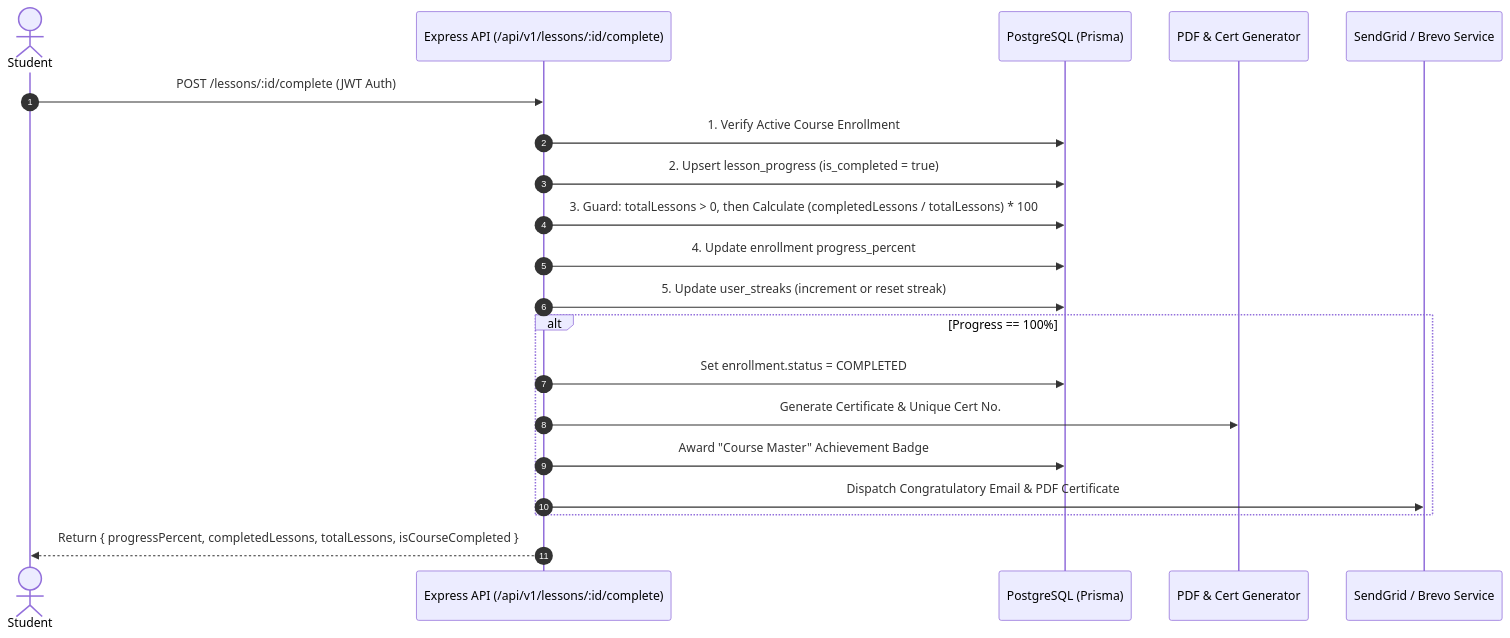
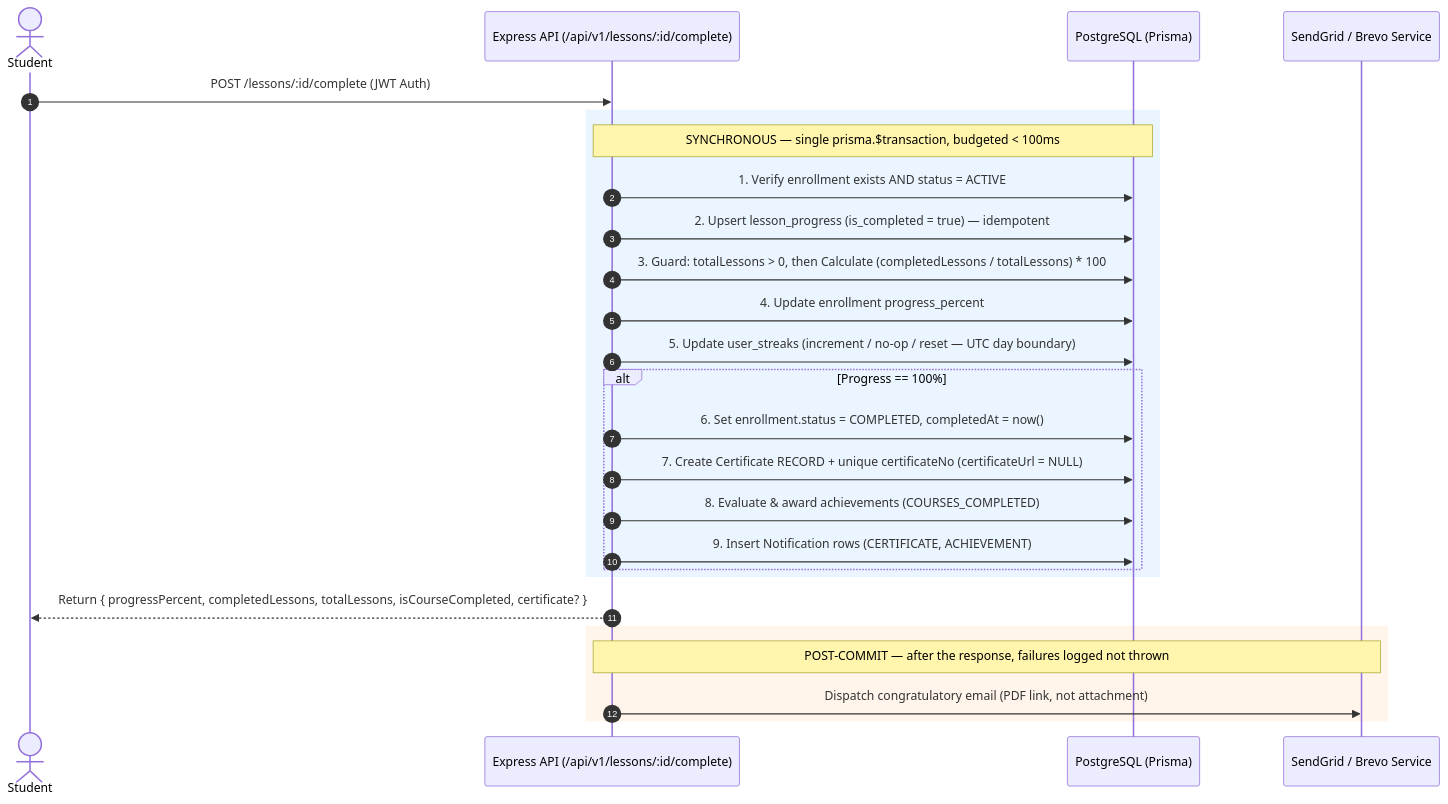
One commit to NashLucas/EduSphere changed the third of 8 diagrams in EduTRD.md. Above: the diagram before and after it, drawn with Mermaid. The commit also changed other lines of this file and 1 other file, not shown here.

````diff
--- a/EduTRD.md
+++ b/EduTRD.md
@@ -880,25 +1072,33 @@
 ```mermaid
 sequenceDiagram
     autonumber
     actor Student
     participant API as Express API (/api/v1/lessons/:id/complete)
     participant DB as PostgreSQL (Prisma)
-    participant Cert as PDF & Cert Generator
     participant Email as SendGrid / Brevo Service
 
     Student->>API: POST /lessons/:id/complete (JWT Auth)
-    API->>DB: 1. Verify Active Course Enrollment
-    API->>DB: 2. Upsert lesson_progress (is_completed = true)
+
+    rect rgb(235, 245, 255)
+    note over API,DB: SYNCHRONOUS — single prisma.$transaction, budgeted < 100ms
+    API->>DB: 1. Verify enrollment exists AND status = ACTIVE
+    API->>DB: 2. Upsert lesson_progress (is_completed = true) — idempotent
     API->>DB: 3. Guard: totalLessons > 0, then Calculate (completedLessons / totalLessons) * 100
     API->>DB: 4. Update enrollment progress_percent
-    API->>DB: 5. Update user_streaks (increment or reset streak)
+    API->>DB: 5. Update user_streaks (increment / no-op / reset — UTC day boundary)
 
     alt Progress == 100%
-        API->>DB: Set enrollment.status = COMPLETED
-        API->>Cert: Generate Certificate & Unique Cert No.
-        API->>DB: Award "Course Master" Achievement Badge
-        API->>Email: Dispatch Congratulatory Email & PDF Certificate
+        API->>DB: 6. Set enrollment.status = COMPLETED, completedAt = now()
+        API->>DB: 7. Create Certificate RECORD + unique certificateNo (certificateUrl = NULL)
+        API->>DB: 8. Evaluate & award achievements (COURSES_COMPLETED)
+        API->>DB: 9. Insert Notification rows (CERTIFICATE, ACHIEVEMENT)
+    end
     end
 
-    API-->>Student: Return { progressPercent, completedLessons, totalLessons, isCourseCompleted }
+    API-->>Student: Return { progressPercent, completedLessons, totalLessons, isCourseCompleted, certificate? }
+
+    rect rgb(255, 245, 235)
+    note over API,Email: POST-COMMIT — after the response, failures logged not thrown
+    API->>Email: Dispatch congratulatory email (PDF link, not attachment)
+    end
 ```
````
